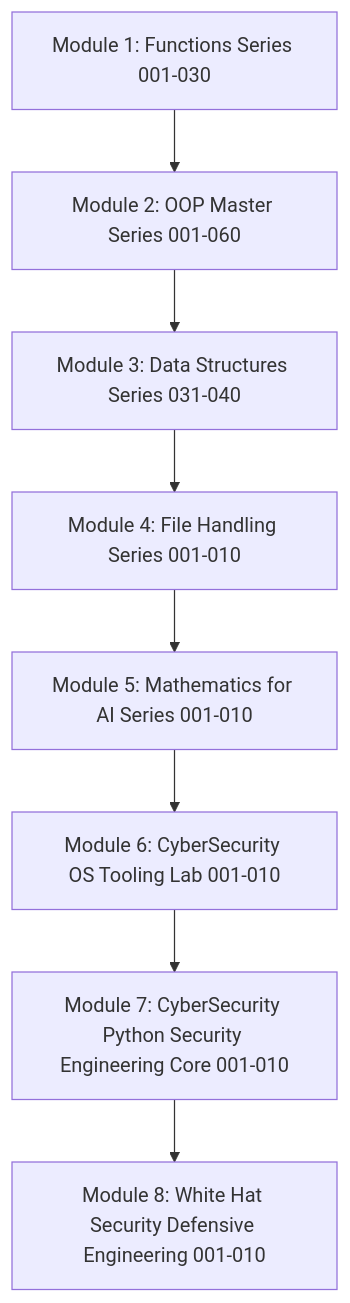
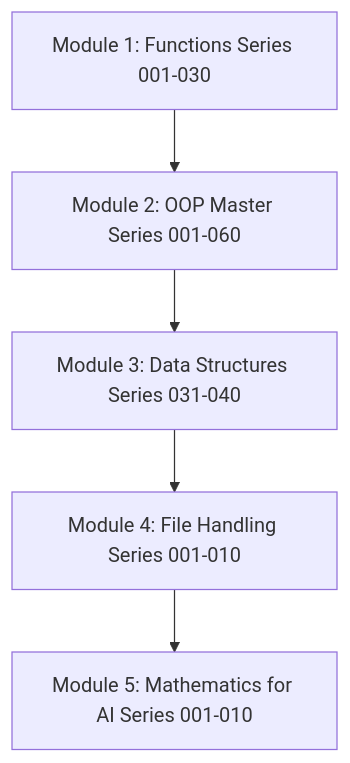
One commit to LIKITH-3012-MAC/Complete-Python-3-oops-also- changed the diagram in README.md. Above: the diagram before and after it, drawn with Mermaid. The commit also changed other lines of this file and 37 other files, not shown here.

Commit message:
Remove CyberSecurity_OS and CyberSecurity_Python folders entirely, clean README references

````diff
--- a/README.md
+++ b/README.md
@@ -22,10 +22,7 @@
 ```mermaid
 graph TD
     A[Module 1: Functions Series 001-030] --> B[Module 2: OOP Master Series 001-060]
     B --> C[Module 3: Data Structures Series 031-040]
     C --> D[Module 4: File Handling Series 001-010]
     D --> E[Module 5: Mathematics for AI Series 001-010]
-    E --> F[Module 6: CyberSecurity OS Tooling Lab 001-010]
-    F --> G[Module 7: CyberSecurity Python Security Engineering Core 001-010]
-    G --> H[Module 8: White Hat Security Defensive Engineering 001-010]
 ```
````
